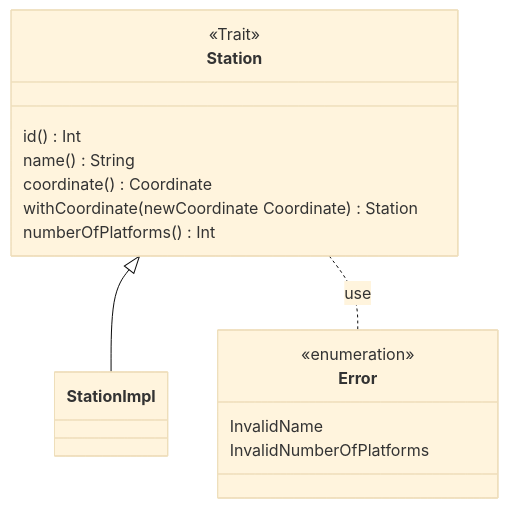
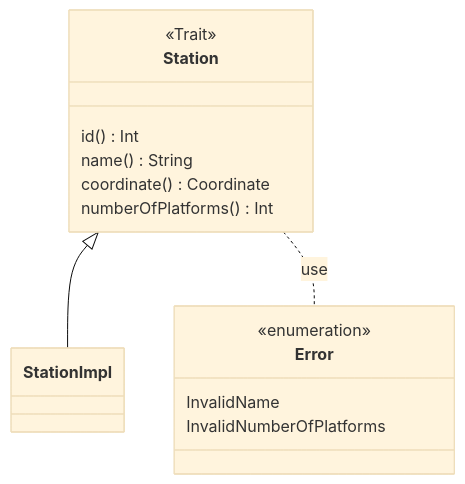
The fourth of 20 diagrams in docs/report/4-details-design.md (dev-pps/pps-23-ulisse), drawn with Mermaid (base theme) before and after one commit. The commit also changed other lines of this file and 9 other files, not shown here.

````diff
--- a/docs/report/4-details-design.md
+++ b/docs/report/4-details-design.md
@@ -247,19 +245,18 @@
 ```mermaid
 classDiagram
     direction TB
     class Station
     class StationImpl
     class Error
 
     <<enumeration>> Error
     <<Trait>> Station
     Station: id() Int
     Station: name() String
     Station: coordinate() Coordinate
-    Station: withCoordinate(newCoordinate Coordinate) Station
     Station: numberOfPlatforms() Int
     Error: InvalidName
     Error: InvalidNumberOfPlatforms
     Station <|-- StationImpl
     Station .. Error: use
 ```
````
